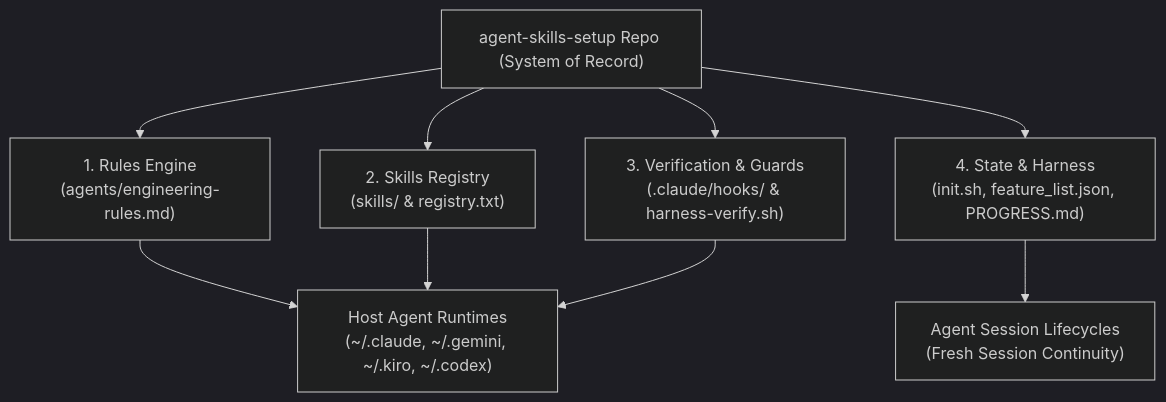
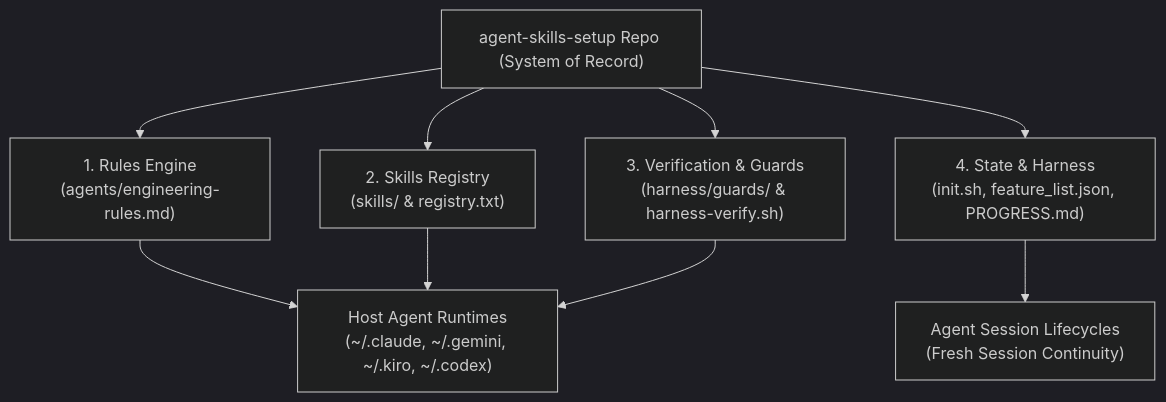
The diagram in docs/architecture.md (herocwhsu/agent-skills-setup), drawn with Mermaid (dark theme) before and after one commit. The commit also changed other lines of this file and 42 other files, not shown here.

Commit message:
refactor: elevate active repo guard rails to universal harness/guards/ (feat-053)

````diff
--- a/docs/architecture.md
+++ b/docs/architecture.md
@@ -11,12 +11,12 @@
 ```mermaid
 flowchart TD
     Repo["agent-skills-setup Repo (System of Record)"] --> RulesSub["1. Rules Engine\n(agents/engineering-rules.md)"]
     Repo --> SkillsSub["2. Skills Registry\n(skills/ & registry.txt)"]
-    Repo --> HooksSub["3. Verification & Guards\n(.claude/hooks/ & harness-verify.sh)"]
+    Repo --> HooksSub["3. Verification & Guards\n(harness/guards/ & harness-verify.sh)"]
     Repo --> StateSub["4. State & Harness\n(init.sh, feature_list.json, PROGRESS.md)"]
 
     RulesSub --> HostAgents["Host Agent Runtimes\n(~/.claude, ~/.gemini, ~/.kiro, ~/.codex)"]
     SkillsSub --> HostAgents
     HooksSub --> HostAgents
     StateSub --> SessionLifecycles["Agent Session Lifecycles\n(Fresh Session Continuity)"]
 ```
````
